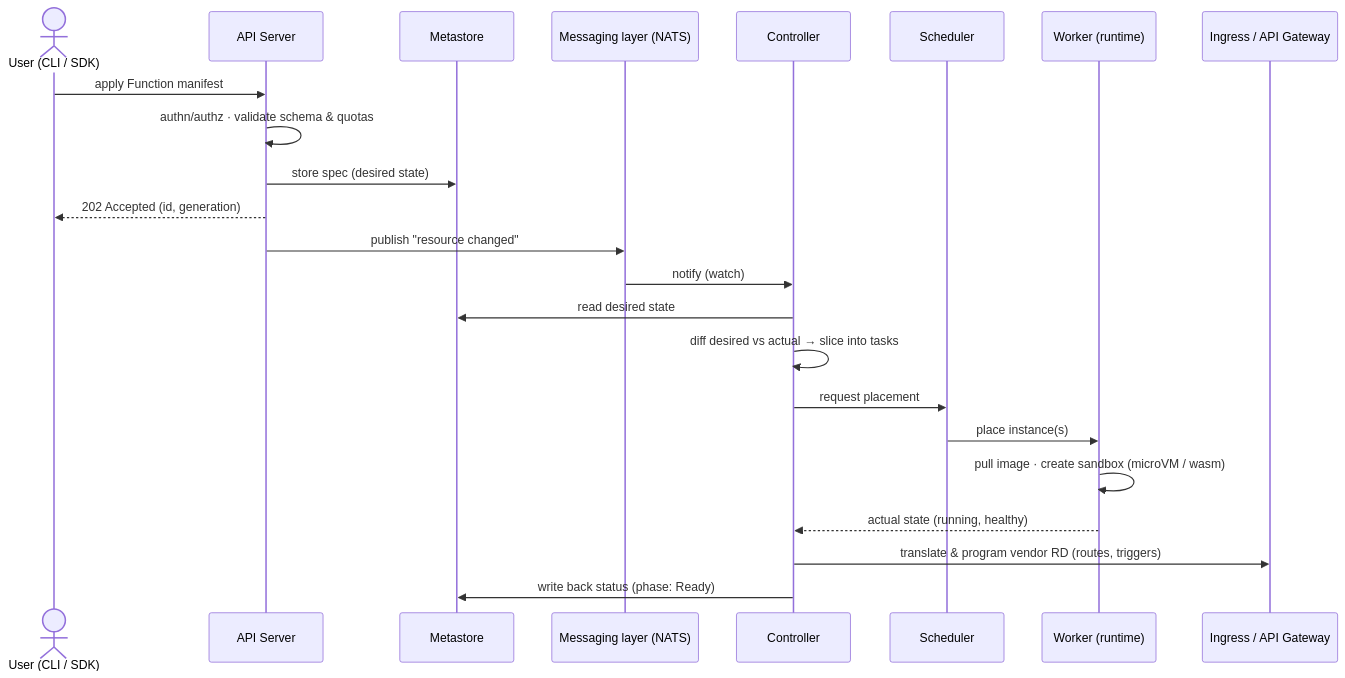
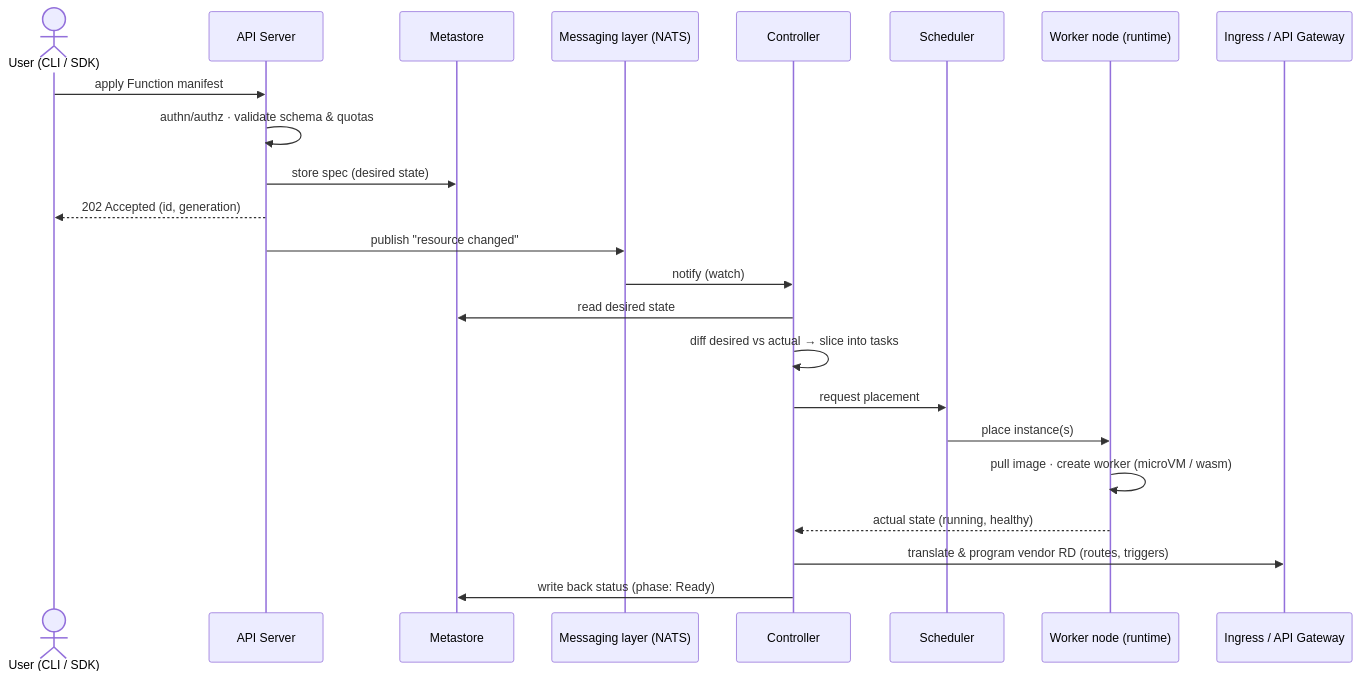
Before and after one commit to pyvvo/funcd: the third of 8 diagrams in blueprint.md, drawn with Mermaid. The commit also changed other lines of this file and 368 other files, not shown here.

````diff
--- a/blueprint.md
+++ b/blueprint.md
@@ -306,26 +306,26 @@
 ```mermaid
 sequenceDiagram
     actor Dev as User (CLI / SDK)
     participant API as API Server
     participant MS as Metastore
     participant Bus as Messaging layer (NATS)
     participant Ctrl as Controller
     participant Sched as Scheduler
-    participant W as Worker (runtime)
+    participant W as Worker node (runtime)
     participant GW as Ingress / API Gateway
 
     Dev->>API: apply Function manifest
     API->>API: authn/authz · validate schema & quotas
     API->>MS: store spec (desired state)
     API-->>Dev: 202 Accepted (id, generation)
     API->>Bus: publish "resource changed"
     Bus->>Ctrl: notify (watch)
     Ctrl->>MS: read desired state
     Ctrl->>Ctrl: diff desired vs actual → slice into tasks
     Ctrl->>Sched: request placement
     Sched->>W: place instance(s)
-    W->>W: pull image · create sandbox (microVM / wasm)
+    W->>W: pull image · create worker (microVM / wasm)
     W-->>Ctrl: actual state (running, healthy)
     Ctrl->>GW: translate & program vendor RD (routes, triggers)
     Ctrl->>MS: write back status (phase: Ready)
 ```
````
